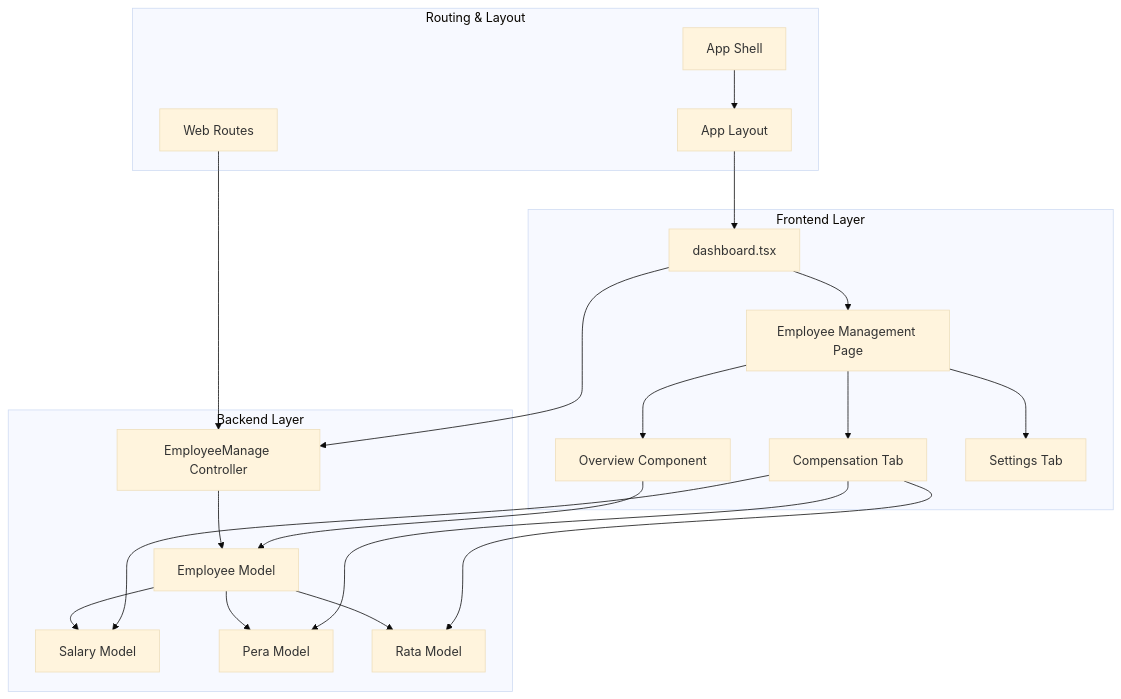
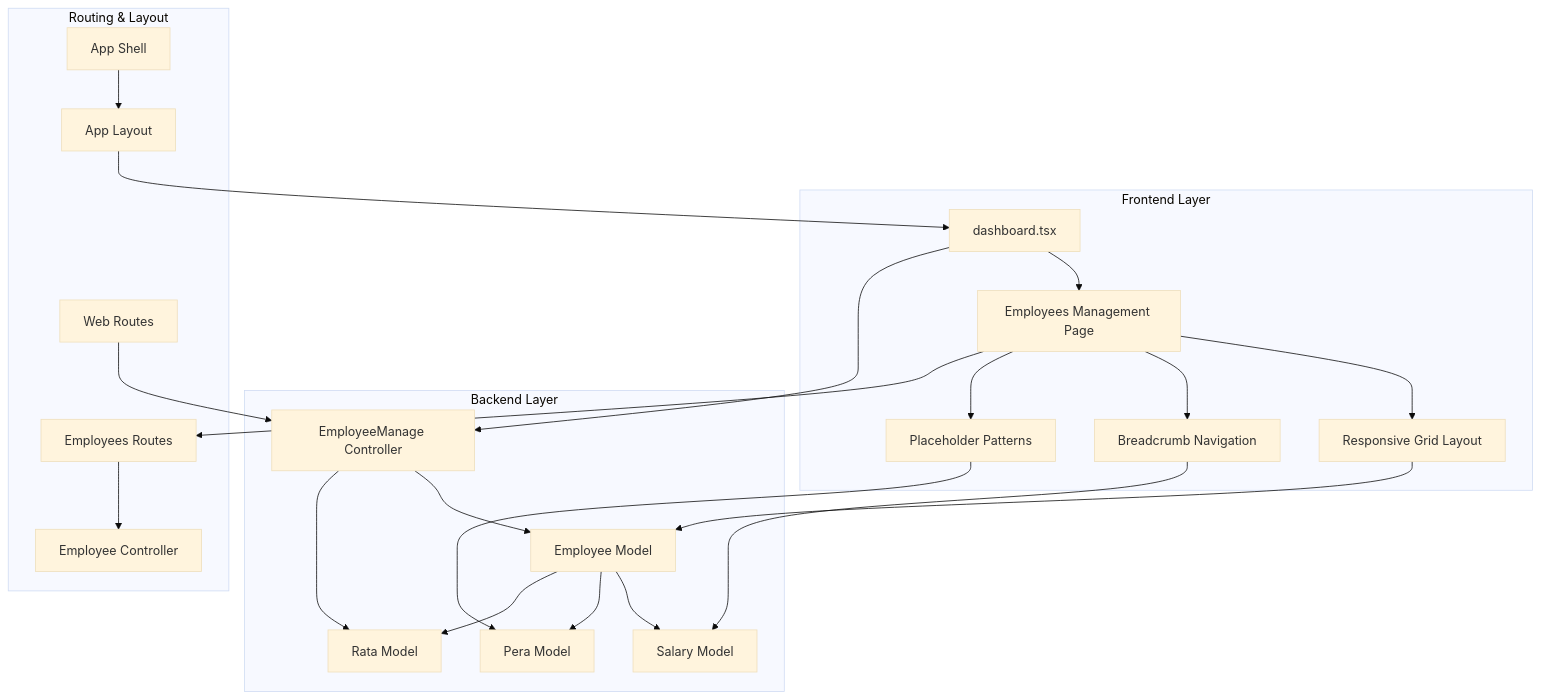
One commit to vincet0t15/template changed the first of 6 diagrams in .qoder/repowiki/en/content/Employee Management/Employee Overview Dashboard.md. Above: the diagram before and after it, drawn with Mermaid (base theme). The commit also changed other lines of this file and 9 other files, not shown here.

````diff
--- a/.qoder/repowiki/en/content/Employee Management/Employee Overview Dashboard.md
+++ b/.qoder/repowiki/en/content/Employee Management/Employee Overview Dashboard.md
@@ -40,25 +53,27 @@
 ```mermaid
 graph TB
 subgraph "Frontend Layer"
-A[dashboard.tsx] --> B[Employee Management Page]
-B --> C[Overview Component]
-B --> D[Compensation Tab]
-B --> E[Settings Tab]
+A[dashboard.tsx] --> B[Employees Management Page]
+B --> C[Responsive Grid Layout]
+B --> D[Breadcrumb Navigation]
+B --> E[Placeholder Patterns]
 end
 subgraph "Backend Layer"
 F[EmployeeManage Controller] --> G[Employee Model]
 G --> H[Salary Model]
 G --> I[Pera Model]
 G --> J[Rata Model]
 end
 subgraph "Routing & Layout"
 K[Web Routes] --> F
 L[App Layout] --> A
 M[App Shell] --> L
+N[Employees Routes] --> O[Employee Controller]
 end
 A --> F
+B --> N
 C --> G
 D --> H
-D --> I
-D --> J
+E --> I
+F --> J
 ```
````
